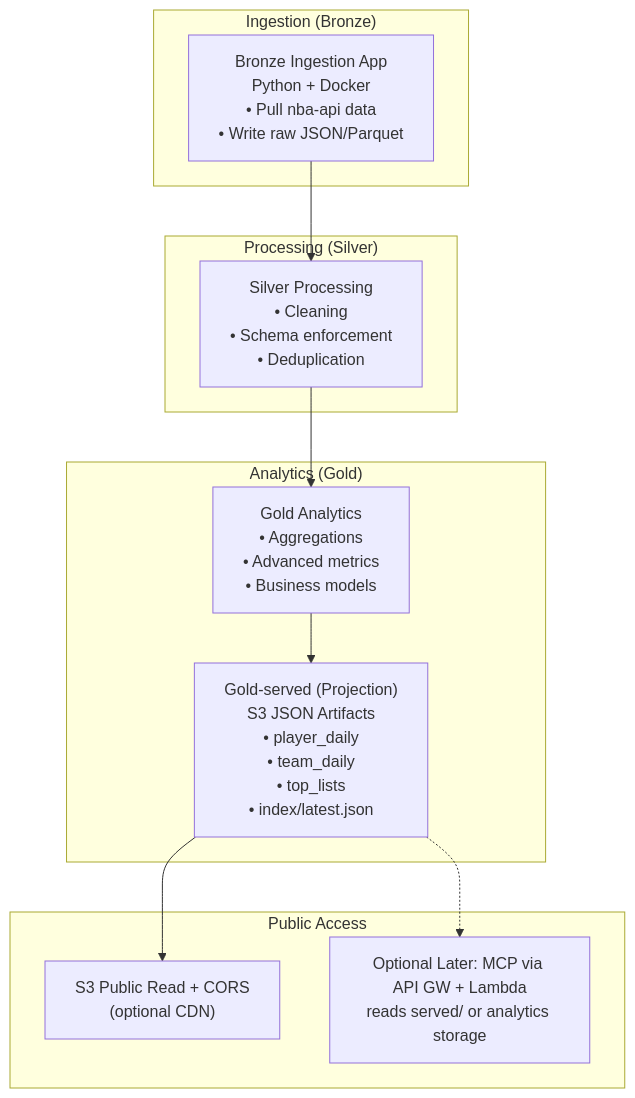
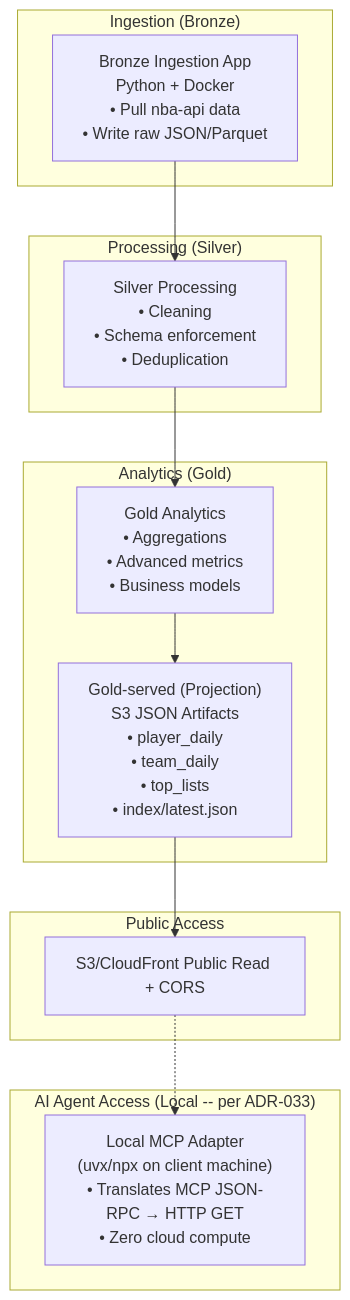
One commit to efischer19/hoopstat-haus changed the diagram in meta/plans/v2-architecture-diagram.md. Above: the diagram before and after it, drawn with Mermaid. The commit also changed other lines of this file and 9 other files, not shown here.

First line of the commit message:
feat: ADR-033/034/035 Local Proxy MCP Architecture & Documentation Cleanup (#548)

````diff
--- a/meta/plans/v2-architecture-diagram.md
+++ b/meta/plans/v2-architecture-diagram.md
@@ -5,23 +5,26 @@
 ```mermaid
 graph TB
     subgraph "Ingestion (Bronze)"
         BRONZE_APP["Bronze Ingestion App\nPython + Docker\n• Pull nba-api data\n• Write raw JSON/Parquet"]
     end
 
     subgraph "Processing (Silver)"
         SILVER_JOBS["Silver Processing\n• Cleaning\n• Schema enforcement\n• Deduplication"]
     end
 
     subgraph "Analytics (Gold)"
         GOLD_JOBS["Gold Analytics\n• Aggregations\n• Advanced metrics\n• Business models"]
         SERVED["Gold-served (Projection)\nS3 JSON Artifacts\n• player_daily\n• team_daily\n• top_lists\n• index/latest.json"]
     end
 
     subgraph "Public Access"
-        S3_PUBLIC["S3 Public Read + CORS\n(optional CDN)"]
-        OPTIONAL_MCP["Optional Later: MCP via API GW + Lambda\nreads served/ or analytics storage"]
+        S3_PUBLIC["S3/CloudFront Public Read + CORS"]
+    end
+
+    subgraph "AI Agent Access (Local -- per ADR-033)"
+        LOCAL_MCP["Local MCP Adapter\n(uvx/npx on client machine)\n• Translates MCP JSON-RPC → HTTP GET\n• Zero cloud compute"]
     end
 
     BRONZE_APP --> SILVER_JOBS --> GOLD_JOBS --> SERVED --> S3_PUBLIC
-    SERVED -.-> OPTIONAL_MCP
+    S3_PUBLIC -.-> LOCAL_MCP
 ```
````
